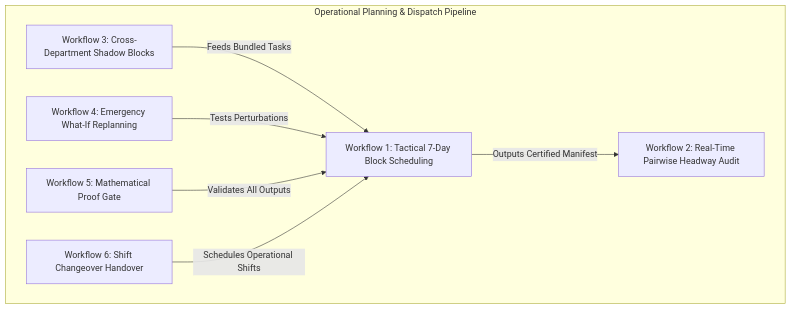
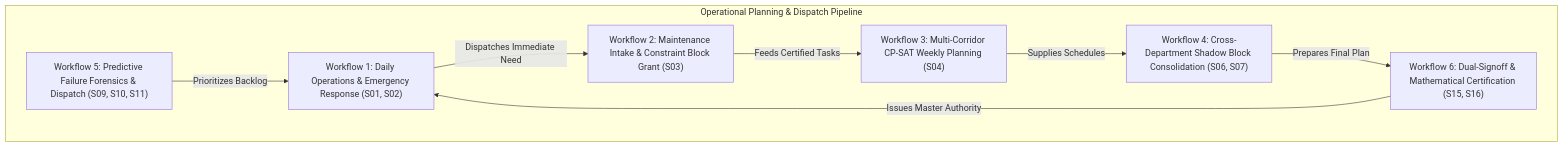
The first of 7 diagrams in docs/presentation/WORKFLOW_DIAGRAMS.md (sushmitasingh008aug-lgtm/Railway_Project-final-), drawn with Mermaid before and after one commit. The commit also changed other lines of this file and 134 other files, not shown here.

````diff
--- a/docs/presentation/WORKFLOW_DIAGRAMS.md
+++ b/docs/presentation/WORKFLOW_DIAGRAMS.md
@@ -14,17 +14,18 @@
 ```mermaid
 graph TD
     subgraph "Operational Planning & Dispatch Pipeline"
-        WF1["Workflow 1: Tactical 7-Day Block Scheduling"]
-        WF2["Workflow 2: Real-Time Pairwise Headway Audit"]
-        WF3["Workflow 3: Cross-Department Shadow Blocks"]
-        WF4["Workflow 4: Emergency What-If Replanning"]
-        WF5["Workflow 5: Mathematical Proof Gate"]
-        WF6["Workflow 6: Shift Changeover Handover"]
+        WF1["Workflow 1: Daily Operations & Emergency Response (S01, S02)"]
+        WF2["Workflow 2: Maintenance Intake & Constraint Block Grant (S03)"]
+        WF3["Workflow 3: Multi-Corridor CP-SAT Weekly Planning (S04)"]
+        WF4["Workflow 4: Cross-Department Shadow Block Consolidation (S06, S07)"]
+        WF5["Workflow 5: Predictive Failure Forensics & Dispatch (S09, S10, S11)"]
+        WF6["Workflow 6: Dual-Signoff & Mathematical Certification (S15, S16)"]
     end
 
-    WF1 -->|Outputs Certified Manifest| WF2
-    WF3 -->|Feeds Bundled Tasks| WF1
-    WF4 -->|Tests Perturbations| WF1
-    WF5 -->|Validates All Outputs| WF1
-    WF6 -->|Schedules Operational Shifts| WF1
+    WF1 -->|Dispatches Immediate Need| WF2
+    WF2 -->|Feeds Certified Tasks| WF3
+    WF3 -->|Supplies Schedules| WF4
+    WF5 -->|Prioritizes Backlog| WF1
+    WF4 -->|Prepares Final Plan| WF6
+    WF6 -->|Issues Master Authority| WF1
 ```
````
